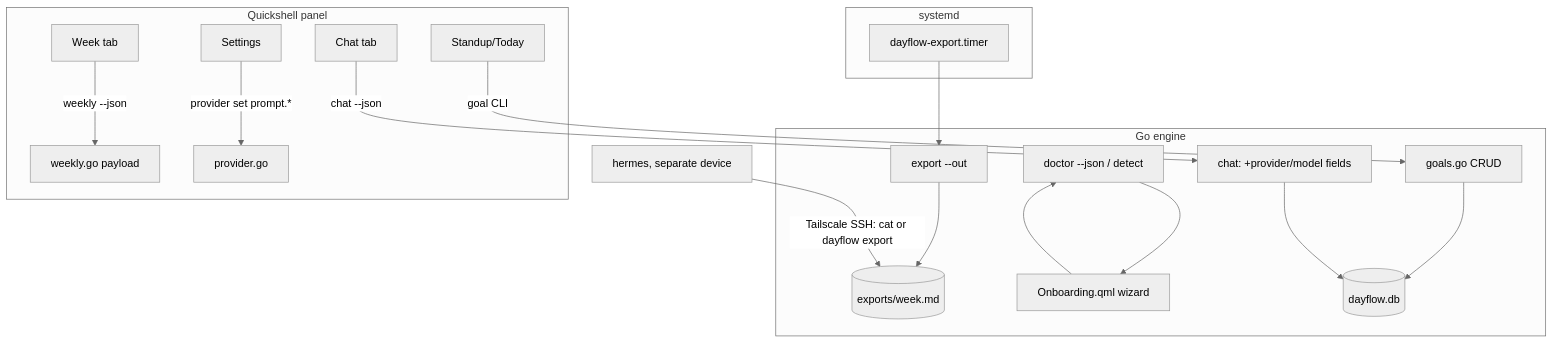
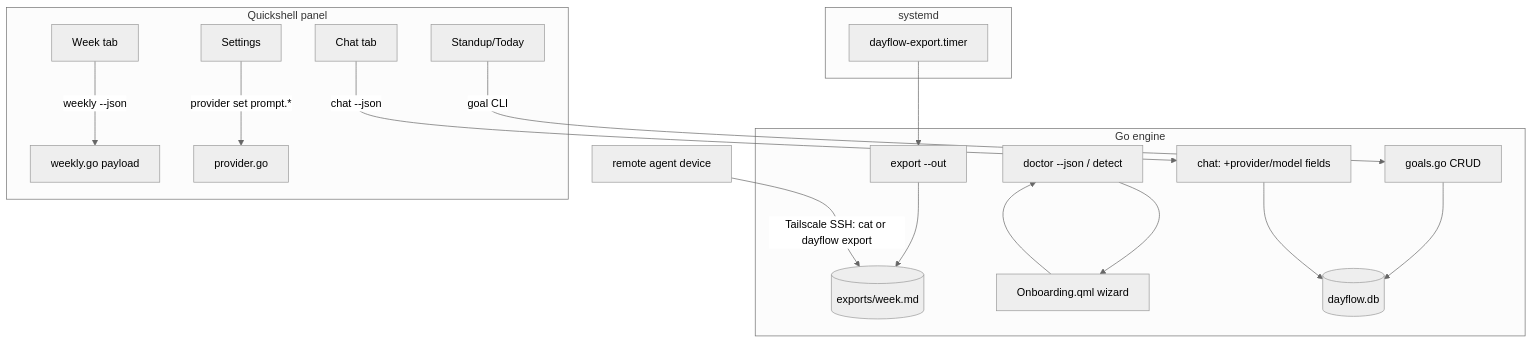
The diagram in docs/plans/2026-09-14-2351-feat-parity-tranche-and-ssh-export-plan.md (duketopceo/dayflow-linux), drawn with Mermaid (neutral theme) before and after one commit. The commit also changed other lines of this file and 14 other files, not shown here.

````diff
--- a/docs/plans/2026-09-14-2351-feat-parity-tranche-and-ssh-export-plan.md
+++ b/docs/plans/2026-09-14-2351-feat-parity-tranche-and-ssh-export-plan.md
@@ -91,20 +91,20 @@
 ```mermaid
 flowchart TB
   subgraph Engine [Go engine]
     E1[export --out] --> F1[(exports/week.md)]
     E2[doctor --json / detect] --> W1
     E3[goals.go CRUD] --> DB[(dayflow.db)]
     E4[chat: +provider/model fields] --> DB
   end
   subgraph Plugin [Quickshell panel]
     W1[Onboarding.qml wizard] --> E2
     T1[Week tab] -->|weekly --json| E5[weekly.go payload]
     T2[Chat tab] -->|chat --json| E4
     T3[Standup/Today] -->|goal CLI| E3
     T4[Settings] -->|provider set prompt.*| E6[provider.go]
   end
   subgraph systemd
     TM[dayflow-export.timer] --> E1
   end
-  H[hermes, separate device] -->|Tailscale SSH: cat or dayflow export| F1
+  H[remote agent device] -->|Tailscale SSH: cat or dayflow export| F1
 ```
````
